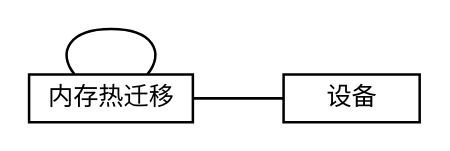
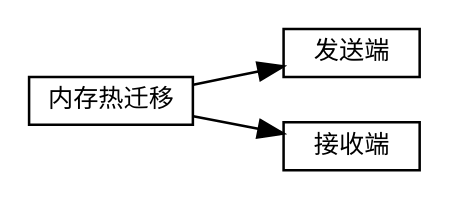
The diagram in 虚拟化/热迁移/1-内存热迁移.md (sisyphus1212/note), drawn with Graphviz before and after one commit.

Commit message:
auto_update

````diff
--- a/虚拟化/热迁移/1-内存热迁移.md
+++ b/虚拟化/热迁移/1-内存热迁移.md
@@ -11,13 +11,13 @@
 ```graphviz
 digraph 热迁移 {
 fontname="Helvetica,Arial,sans-serif"
 node [fontname="Helvetica,Arial,sans-serif"]
 edge [fontname="Helvetica,Arial,sans-serif"]
 rankdir="LR"
 node [fontsize=10, shape=box, height=0.25]
 edge [fontsize=10]
 内存热迁移 [label="内存热迁移"]
-内存热迁移 ->
-内存热迁移 -> 设备 [arrowhead=none]
+内存热迁移 -> 发送端
+内存热迁移 -> 接收端
 }
 ```
````
